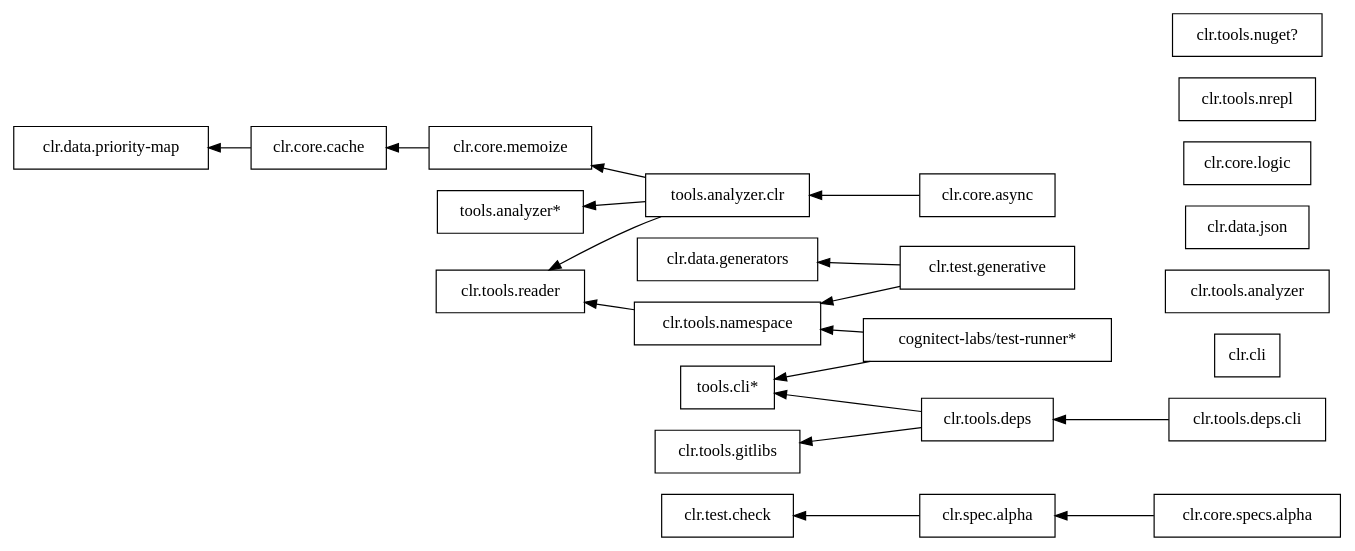
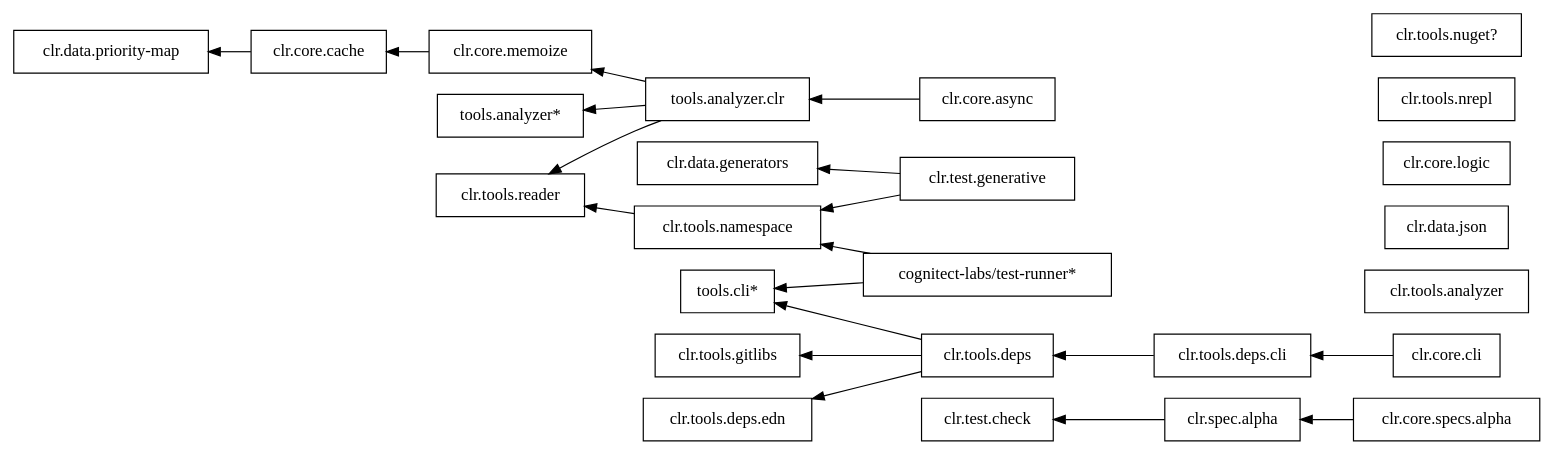
The diagram in docs/managed-libraries.dot (clojure/clojure-clr), drawn with Graphviz before and after one commit. The commit also changed 1 other file, not shown here.

```diff
--- a/docs/managed-libraries.dot
+++ b/docs/managed-libraries.dot
@@ -1,45 +1,46 @@
 strict digraph G {
 
 rankdir = RL;
 
 {
 	node [shape=box];
 
 	"clr.test.check";
 	"clr.spec.alpha" -> {"clr.test.check"};
 	"clr.core.specs.alpha" -> {"clr.spec.alpha"};
 
 	
 	"clr.core.async" -> {"tools.analyzer.clr"};
 
 	"clr.data.priority-map";
 	"clr.core.cache" -> {"clr.data.priority-map"};
 	"clr.core.memoize" -> {"clr.core.cache"}
 
 	"tools.cli*"
 	"clr.tools.gitlibs";
-	"clr.tools.deps" ->  {"clr.tools.gitlibs", "tools.cli*"};
+	"clr.tools.deps.edn";
+	"clr.tools.deps" ->  {"clr.tools.gitlibs", "clr.tools.deps.edn", "tools.cli*"};
 	"clr.tools.deps.cli" -> {"clr.tools.deps"}
 
 	"clr.tools.reader";
 	"clr.tools.namespace" -> {"clr.tools.reader"};
 
 	"clr.data.generators";
 
 	"clr.test.generative" -> {"clr.tools.namespace", "clr.data.generators"};
 	"tools.analyzer.clr" -> {"tools.analyzer*", "clr.core.memoize", "clr.tools.reader"};
 
-	"clr.cli";
+	"clr.core.cli" -> { "clr.tools.deps.cli" };
 
 	"cognitect-labs/test-runner*" -> {"clr.tools.namespace", "tools.cli*"};
 
 	"tools.analyzer*";
 	"clr.tools.analyzer";
 
 	"clr.data.json";
 	"clr.core.logic";
 	"clr.tools.nrepl";
 	"clr.tools.nuget?";
 	
 }
 }
```
